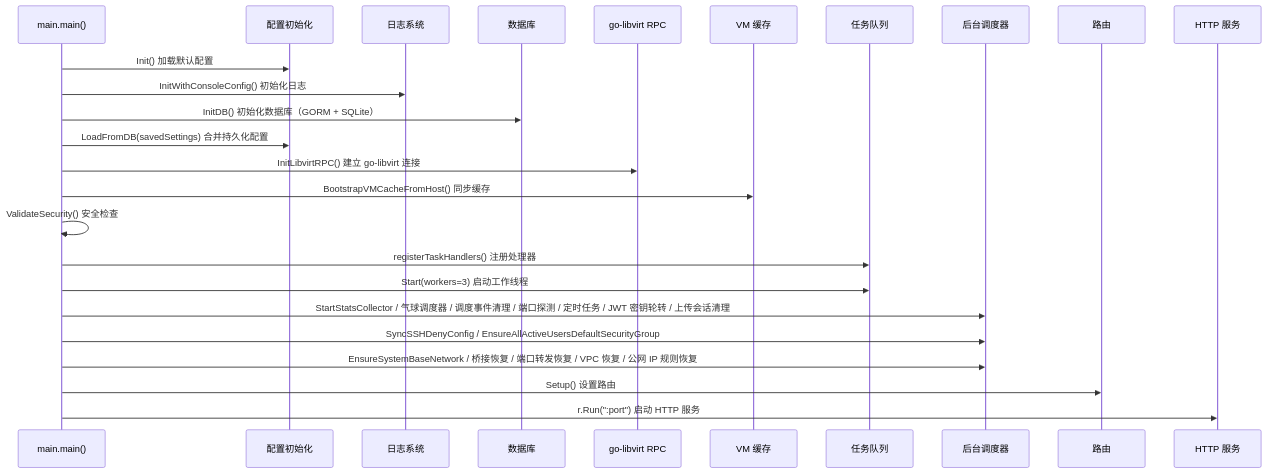
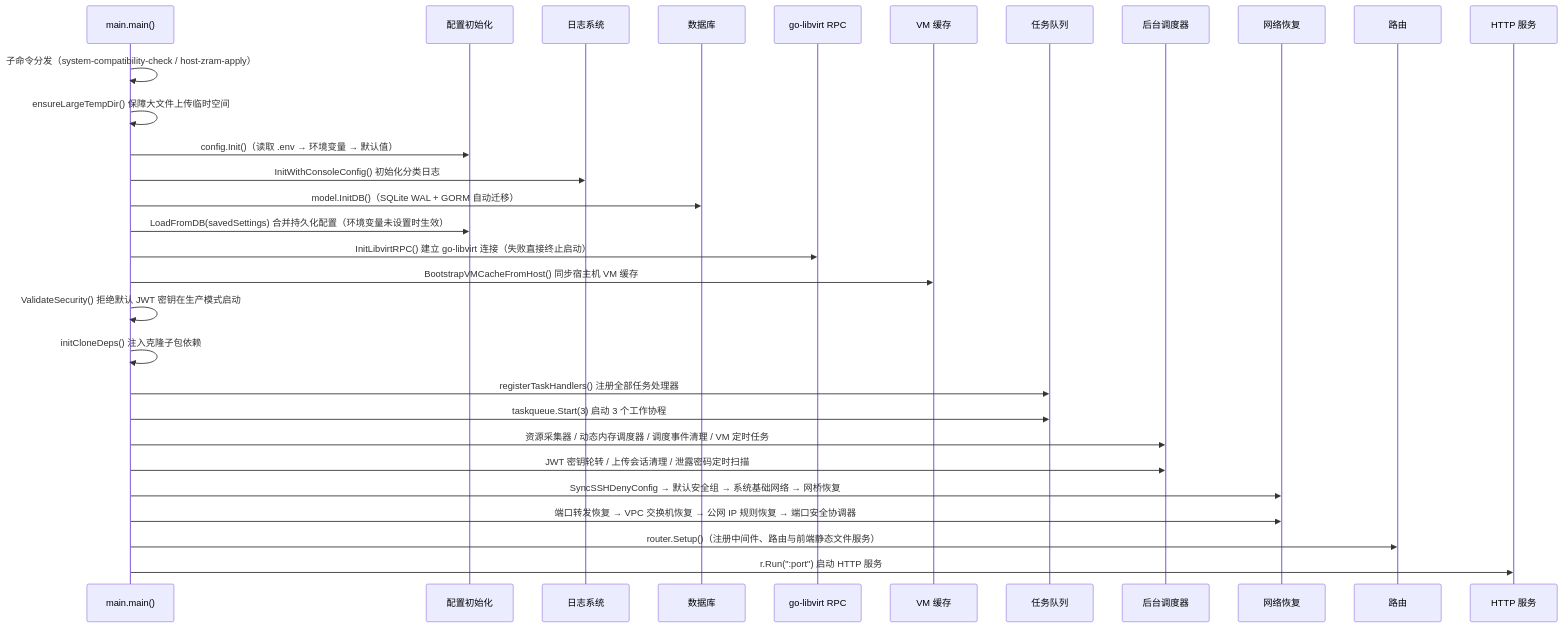
One commit to QVMConsole/docs changed the second of 18 diagrams in docs/feature-analysis/qvmconsole-architecture.mdx. Above: the diagram before and after it, drawn with Mermaid. The commit also changed other lines of this file and 37 other files, not shown here.

````diff
--- a/docs/feature-analysis/qvmconsole-architecture.mdx
+++ b/docs/feature-analysis/qvmconsole-architecture.mdx
@@ -153,28 +166,33 @@
 ```mermaid
 sequenceDiagram
     participant Main as main.main()
     participant Cfg as 配置初始化
     participant Log as 日志系统
     participant DB as 数据库
     participant RPC as go-libvirt RPC
     participant Cache as VM 缓存
     participant Task as 任务队列
     participant Sched as 后台调度器
+    participant Net as 网络恢复
     participant Router as 路由
     participant HTTP as HTTP 服务
 
-    Main->>Cfg: Init() 加载默认配置
-    Main->>Log: InitWithConsoleConfig() 初始化日志
-    Main->>DB: InitDB() 初始化数据库（GORM + SQLite）
-    Main->>Cfg: LoadFromDB(savedSettings) 合并持久化配置
-    Main->>RPC: InitLibvirtRPC() 建立 go-libvirt 连接
-    Main->>Cache: BootstrapVMCacheFromHost() 同步缓存
-    Main->>Main: ValidateSecurity() 安全检查
-    Main->>Task: registerTaskHandlers() 注册处理器
-    Main->>Task: Start(workers=3) 启动工作线程
-    Main->>Sched: StartStatsCollector / 气球调度器 / 调度事件清理 / 端口探测 / 定时任务 / JWT 密钥轮转 / 上传会话清理
-    Main->>Sched: SyncSSHDenyConfig / EnsureAllActiveUsersDefaultSecurityGroup
-    Main->>Sched: EnsureSystemBaseNetwork / 桥接恢复 / 端口转发恢复 / VPC 恢复 / 公网 IP 规则恢复
-    Main->>Router: Setup() 设置路由
+    Main->>Main: 子命令分发（system-compatibility-check / host-zram-apply）
+    Main->>Main: ensureLargeTempDir() 保障大文件上传临时空间
+    Main->>Cfg: config.Init()（读取 .env → 环境变量 → 默认值）
+    Main->>Log: InitWithConsoleConfig() 初始化分类日志
+    Main->>DB: model.InitDB()（SQLite WAL + GORM 自动迁移）
+    Main->>Cfg: LoadFromDB(savedSettings) 合并持久化配置（环境变量未设置时生效）
+    Main->>RPC: InitLibvirtRPC() 建立 go-libvirt 连接（失败直接终止启动）
+    Main->>Cache: BootstrapVMCacheFromHost() 同步宿主机 VM 缓存
+    Main->>Main: ValidateSecurity() 拒绝默认 JWT 密钥在生产模式启动
+    Main->>Main: initCloneDeps() 注入克隆子包依赖
+    Main->>Task: registerTaskHandlers() 注册全部任务处理器
+    Main->>Task: taskqueue.Start(3) 启动 3 个工作协程
+    Main->>Sched: 资源采集器 / 动态内存调度器 / 调度事件清理 / VM 定时任务
+    Main->>Sched: JWT 密钥轮转 / 上传会话清理 / 泄露密码定时扫描
+    Main->>Net: SyncSSHDenyConfig → 默认安全组 → 系统基础网络 → 网桥恢复
+    Main->>Net: 端口转发恢复 → VPC 交换机恢复 → 公网 IP 规则恢复 → 端口安全协调器
+    Main->>Router: router.Setup()（注册中间件、路由与前端静态文件服务）
     Main->>HTTP: r.Run(":port") 启动 HTTP 服务
 ```
````
